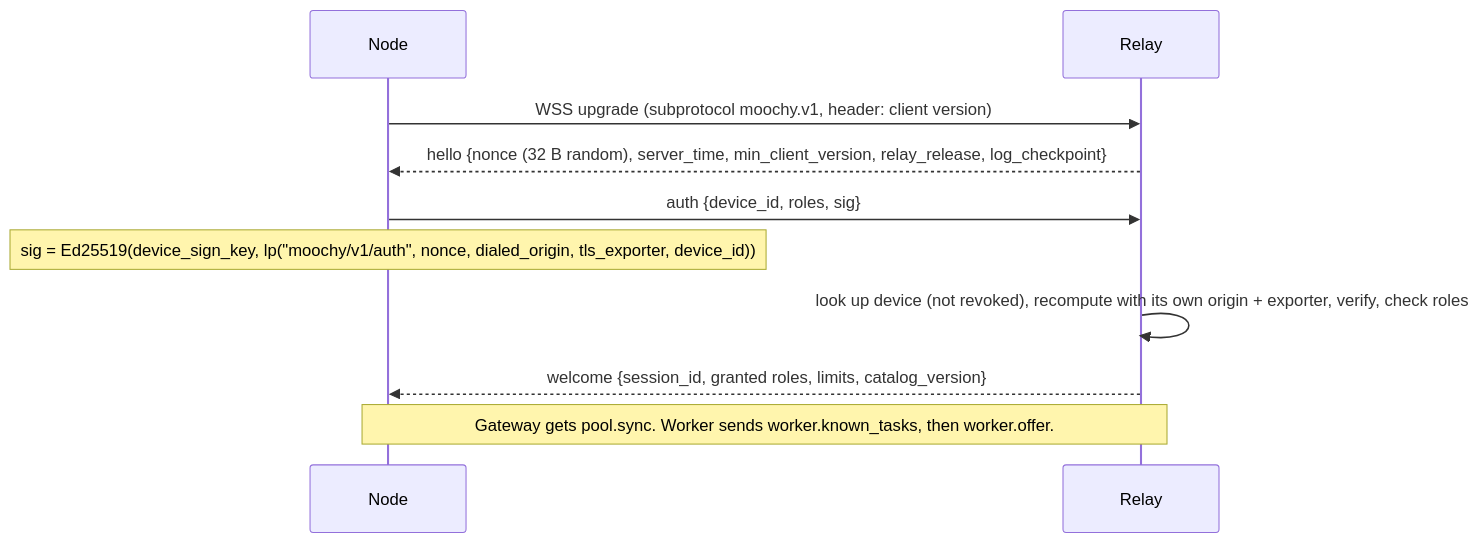
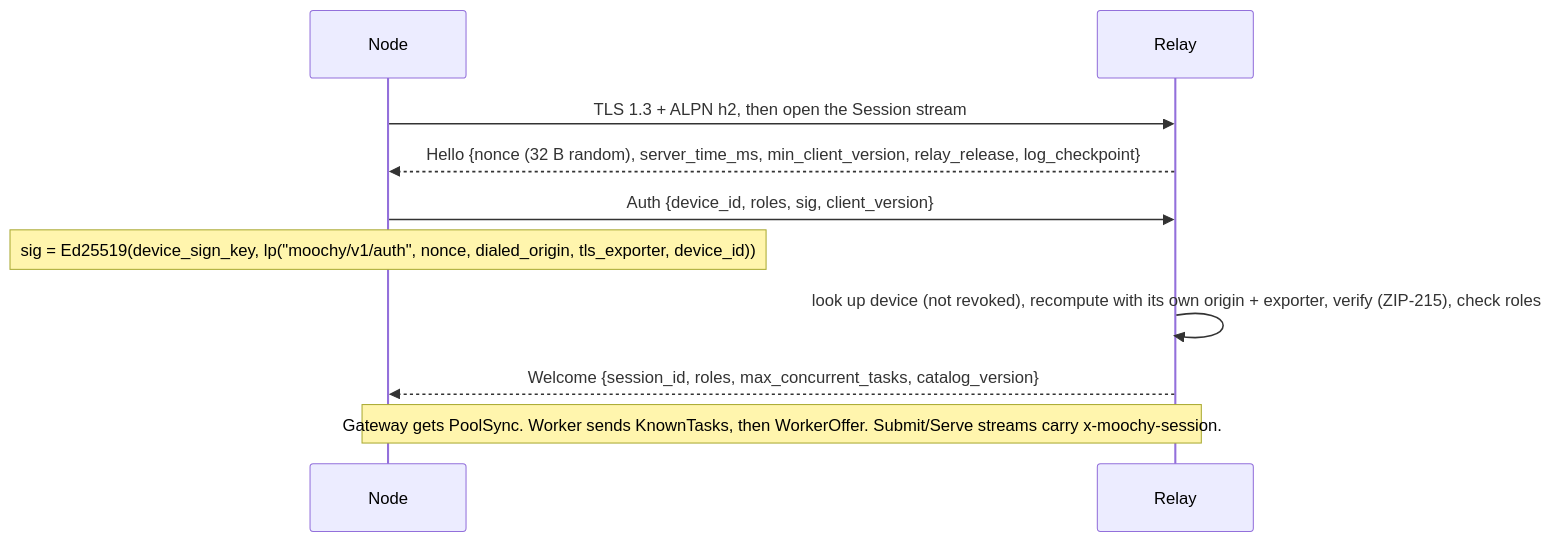
One commit to moochy-dev/moochy-docs changed the first of 2 diagrams in docs/plan/03-wire-protocol.md. Above: the diagram before and after it, drawn with Mermaid. The commit also changed other lines of this file and 5 other files, not shown here.

````diff
--- a/docs/plan/03-wire-protocol.md
+++ b/docs/plan/03-wire-protocol.md
@@ -39,12 +59,12 @@
 ```mermaid
 sequenceDiagram
   participant N as Node
   participant R as Relay
-  N->>R: WSS upgrade (subprotocol moochy.v1, header: client version)
-  R-->>N: hello {nonce (32 B random), server_time, min_client_version, relay_release, log_checkpoint}
-  N->>R: auth {device_id, roles, sig}
+  N->>R: TLS 1.3 + ALPN h2, then open the Session stream
+  R-->>N: Hello {nonce (32 B random), server_time_ms, min_client_version, relay_release, log_checkpoint}
+  N->>R: Auth {device_id, roles, sig, client_version}
   Note over N: sig = Ed25519(device_sign_key, lp("moochy/v1/auth", nonce, dialed_origin, tls_exporter, device_id))
-  R->>R: look up device (not revoked), recompute with its own origin + exporter, verify, check roles
-  R-->>N: welcome {session_id, granted roles, limits, catalog_version}
-  Note over N,R: Gateway gets pool.sync. Worker sends worker.known_tasks, then worker.offer.
+  R->>R: look up device (not revoked), recompute with its own origin + exporter, verify (ZIP-215), check roles
+  R-->>N: Welcome {session_id, roles, max_concurrent_tasks, catalog_version}
+  Note over N,R: Gateway gets PoolSync. Worker sends KnownTasks, then WorkerOffer. Submit/Serve streams carry x-moochy-session.
 ```
````
